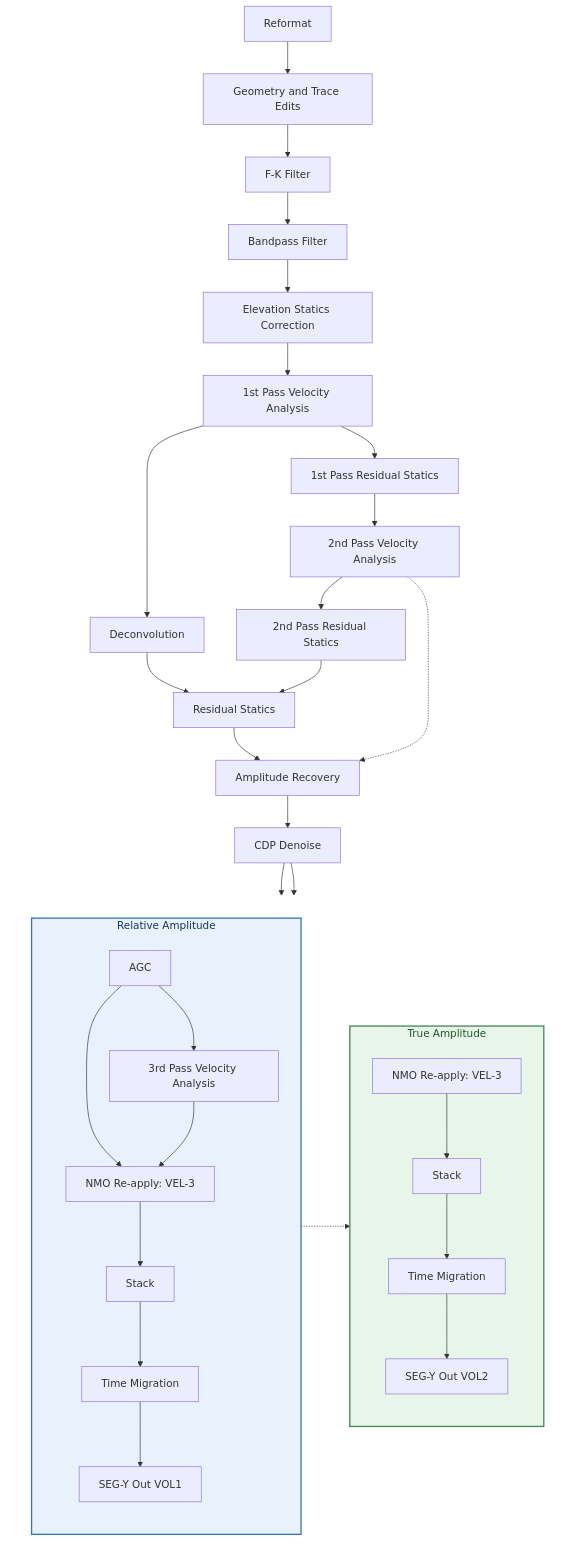
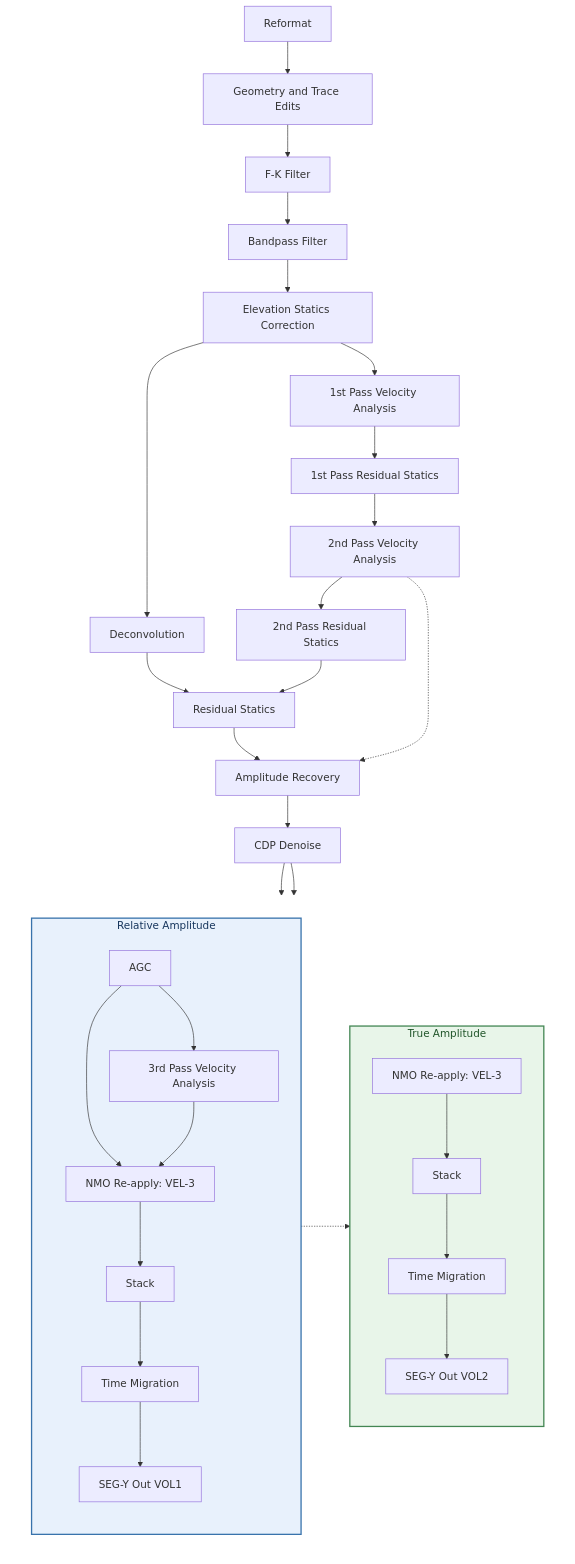
Before and after one commit to vandanue/ADG-1: the diagram in README.md, drawn with Mermaid.

````diff
--- a/README.md
+++ b/README.md
@@ -13,51 +13,51 @@
 ```mermaid
 flowchart TD
     A[Reformat] --> B[Geometry and Trace Edits]
     B --> C[F-K Filter]
     C --> D[Bandpass Filter]
     D --> E[Elevation Statics Correction]
     E --> F[1st Pass Velocity Analysis]
 
     %% Velocity analysis and statics
     F --> F1[1st Pass Residual Statics]
     F1 --> F2[2nd Pass Velocity Analysis]
     F2 --> F3[2nd Pass Residual Statics]
 
-    F --> G[Deconvolution]
+    E --> G[Deconvolution]
     G --> H[Residual Statics]
     F3 --> H
     H --> I[Amplitude Recovery]
     F2 -.-> I
     I --> J[CDP Denoise]
 
     subgraph BRANCHES[" "]
         direction LR
 
         subgraph REL["Relative Amplitude"]
             direction TD
             R1[AGC] --> R1a[3rd Pass Velocity Analysis]
             R1 --> R2[NMO Re-apply: VEL-3]
             R1a --> R2
             R2 --> R3[Stack] --> R4[Time Migration] --> R5[SEG-Y Out VOL1]
         end
 
         subgraph TRUE["True Amplitude"]
             direction TD
             T1[NMO Re-apply: VEL-3]
             T2[Stack]
             T4[Time Migration]
             T5[SEG-Y Out VOL2]
 
             T1 --> T2 --> T4 --> T5
         end
     end
 
     J --> R1
     J --> T1
     R1a -.-> T1
 
     style BRANCHES fill:none,stroke:none
     style REL fill:#E8F1FC,stroke:#3973AC,stroke-width:2px,color:#17365D
     style TRUE fill:#E8F5E9,stroke:#438653,stroke-width:2px,color:#20552A
 
 ```
````
